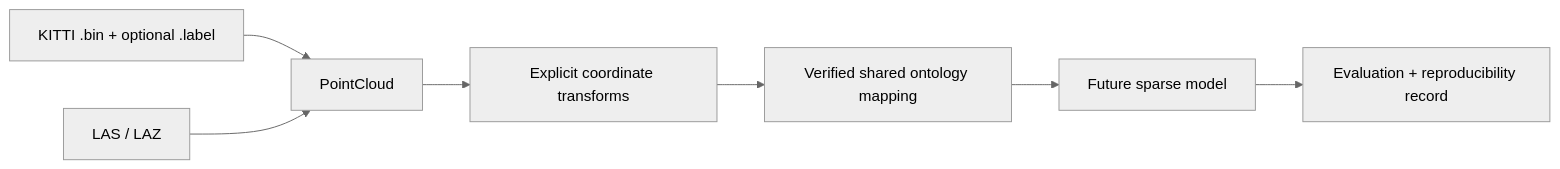
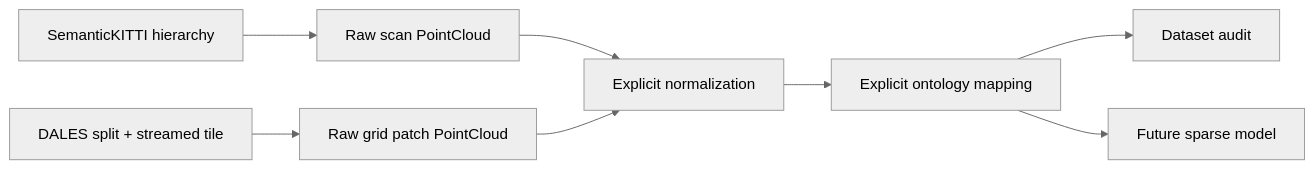
Before and after one commit to muhammadmahadazher/laserperception: the first of 3 diagrams in README.md, drawn with Mermaid (neutral theme). The commit also changed other lines of this file and 8 other files, not shown here.

````diff
--- a/README.md
+++ b/README.md
@@ -83,9 +86,10 @@
 ```mermaid
 flowchart LR
-    A["KITTI .bin + optional .label"] --> C["PointCloud"]
-    B["LAS / LAZ"] --> C
-    C --> D["Explicit coordinate transforms"]
-    D --> E["Verified shared ontology mapping"]
-    E --> F["Future sparse model"]
-    F --> G["Evaluation + reproducibility record"]
+    A["SemanticKITTI hierarchy"] --> B["Raw scan PointCloud"]
+    C["DALES split + streamed tile"] --> D["Raw grid patch PointCloud"]
+    B --> E["Explicit normalization"]
+    D --> E
+    E --> F["Explicit ontology mapping"]
+    F --> G["Dataset audit"]
+    F --> H["Future sparse model"]
 ```
````
